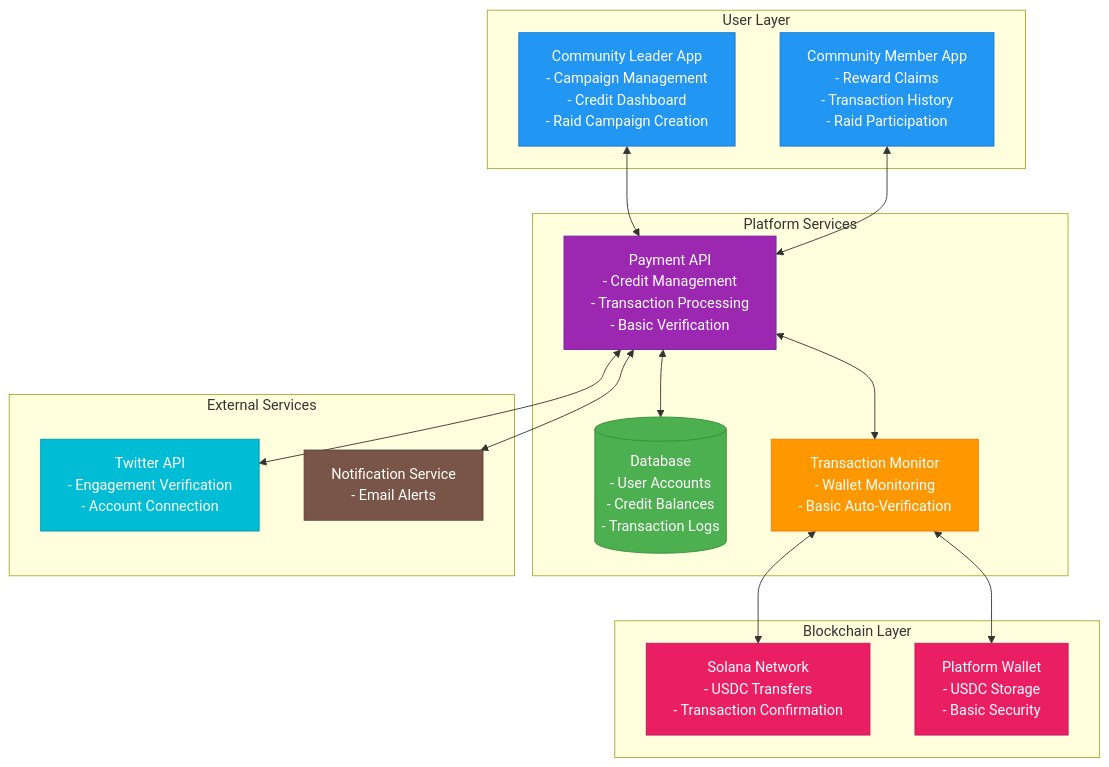
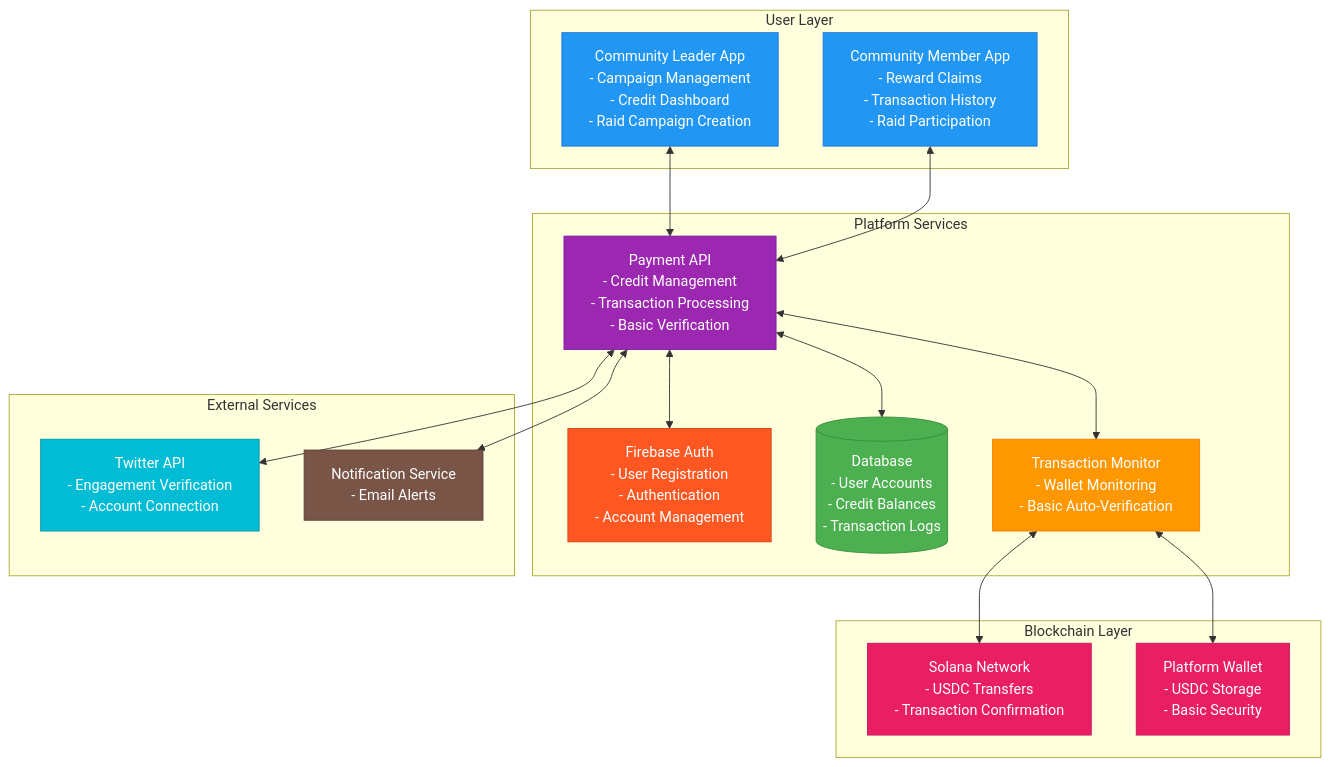
Before and after one commit to ryanlhy/social-media-incentive-app: the first of 4 diagrams in technical/architecture-overview.md, drawn with Mermaid. The commit also changed other lines of this file and 3 other files, not shown here.

````diff
--- a/technical/architecture-overview.md
+++ b/technical/architecture-overview.md
@@ -25,42 +25,45 @@
 ```mermaid
 graph TB
     subgraph "User Layer"
         CA[Community Leader App<br/>- Campaign Management<br/>- Credit Dashboard<br/>- Raid Campaign Creation]
         PA[Community Member App<br/>- Reward Claims<br/>- Transaction History<br/>- Raid Participation]
     end
     
     subgraph "Platform Services"
         API[Payment API<br/>- Credit Management<br/>- Transaction Processing<br/>- Basic Verification]
+        AUTH[Firebase Auth<br/>- User Registration<br/>- Authentication<br/>- Account Management]
         DB[(Database<br/>- User Accounts<br/>- Credit Balances<br/>- Transaction Logs)]
         MONITOR[Transaction Monitor<br/>- Wallet Monitoring<br/>- Basic Auto-Verification]
     end
     
     subgraph "Blockchain Layer"
         SOL[Solana Network<br/>- USDC Transfers<br/>- Transaction Confirmation]
         WALLET[Platform Wallet<br/>- USDC Storage<br/>- Basic Security]
     end
     
     subgraph "External Services"
         TWITTER[Twitter API<br/>- Engagement Verification<br/>- Account Connection]
         NOTIFY[Notification Service<br/>- Email Alerts]
     end
     
     CA <--> API
     PA <--> API
+    API <--> AUTH
     API <--> DB
     API <--> MONITOR
     MONITOR <--> SOL
     MONITOR <--> WALLET
     API <--> TWITTER
     API <--> NOTIFY
     
     style CA fill:#2196f3,stroke:#1976d2,color:#ffffff
     style PA fill:#2196f3,stroke:#1976d2,color:#ffffff
     style API fill:#9c27b0,stroke:#7b1fa2,color:#ffffff
+    style AUTH fill:#ff5722,stroke:#d84315,color:#ffffff
     style DB fill:#4caf50,stroke:#388e3c,color:#ffffff
     style MONITOR fill:#ff9800,stroke:#f57c00,color:#ffffff
     style SOL fill:#e91e63,stroke:#c2185b,color:#ffffff
     style WALLET fill:#e91e63,stroke:#c2185b,color:#ffffff
     style TWITTER fill:#00bcd4,stroke:#0097a7,color:#ffffff
     style NOTIFY fill:#795548,stroke:#5d4037,color:#ffffff
 ```
````
